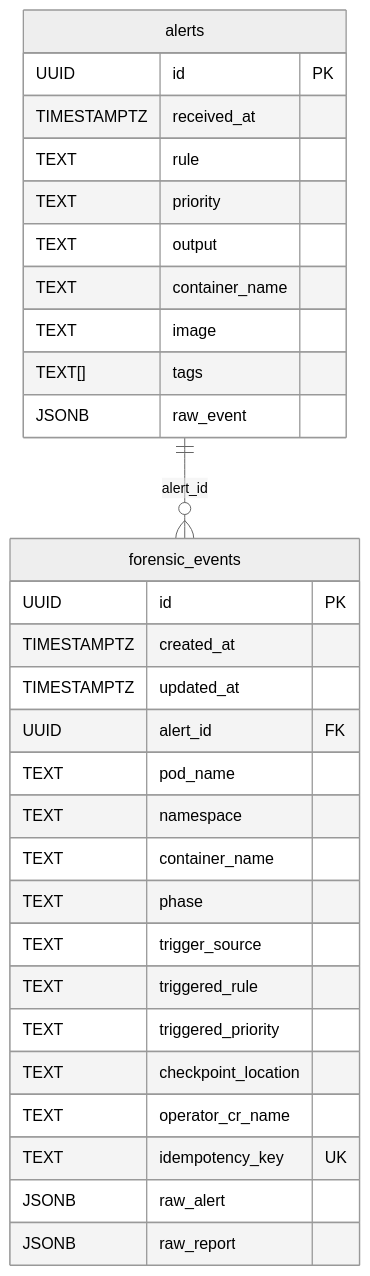
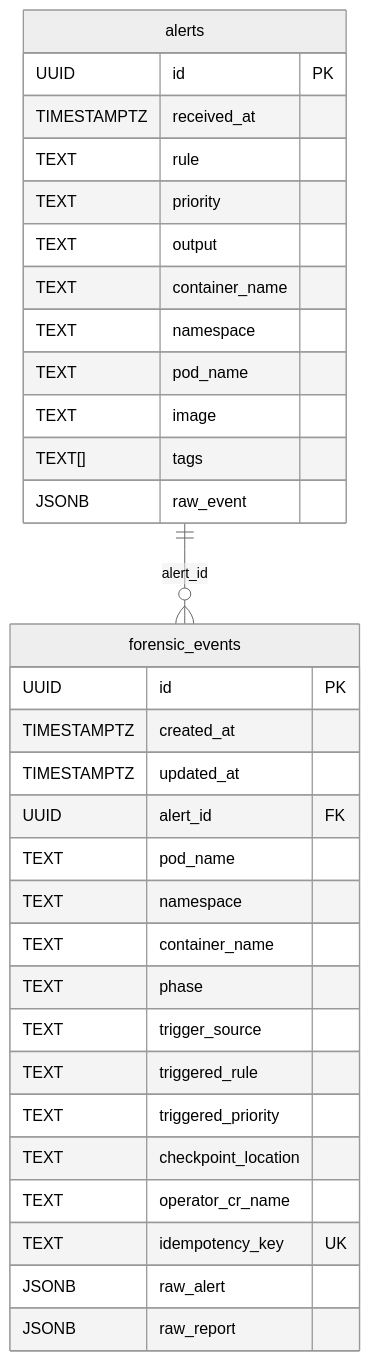
The diagram in docs/database/er-diagram.md (euphoricair7/Medusa), drawn with Mermaid (neutral theme) before and after one commit. The commit also changed other lines of this file and 5 other files, not shown here.

First line of the commit message:
docs: Falco ingest flow, pod dedup, and webhook URLs

````diff
--- a/docs/database/er-diagram.md
+++ b/docs/database/er-diagram.md
@@ -3,35 +3,37 @@
 ```mermaid
 erDiagram
     alerts {
         UUID id PK
         TIMESTAMPTZ received_at
         TEXT rule
         TEXT priority
         TEXT output
         TEXT container_name
+        TEXT namespace
+        TEXT pod_name
         TEXT image
         TEXT[] tags
         JSONB raw_event
     }
 
     forensic_events {
         UUID id PK
         TIMESTAMPTZ created_at
         TIMESTAMPTZ updated_at
         UUID alert_id FK
         TEXT pod_name
         TEXT namespace
         TEXT container_name
         TEXT phase
         TEXT trigger_source
         TEXT triggered_rule
         TEXT triggered_priority
         TEXT checkpoint_location
         TEXT operator_cr_name
         TEXT idempotency_key UK
         JSONB raw_alert
         JSONB raw_report
     }
 
     alerts ||--o{ forensic_events : "alert_id"
 ```
````
